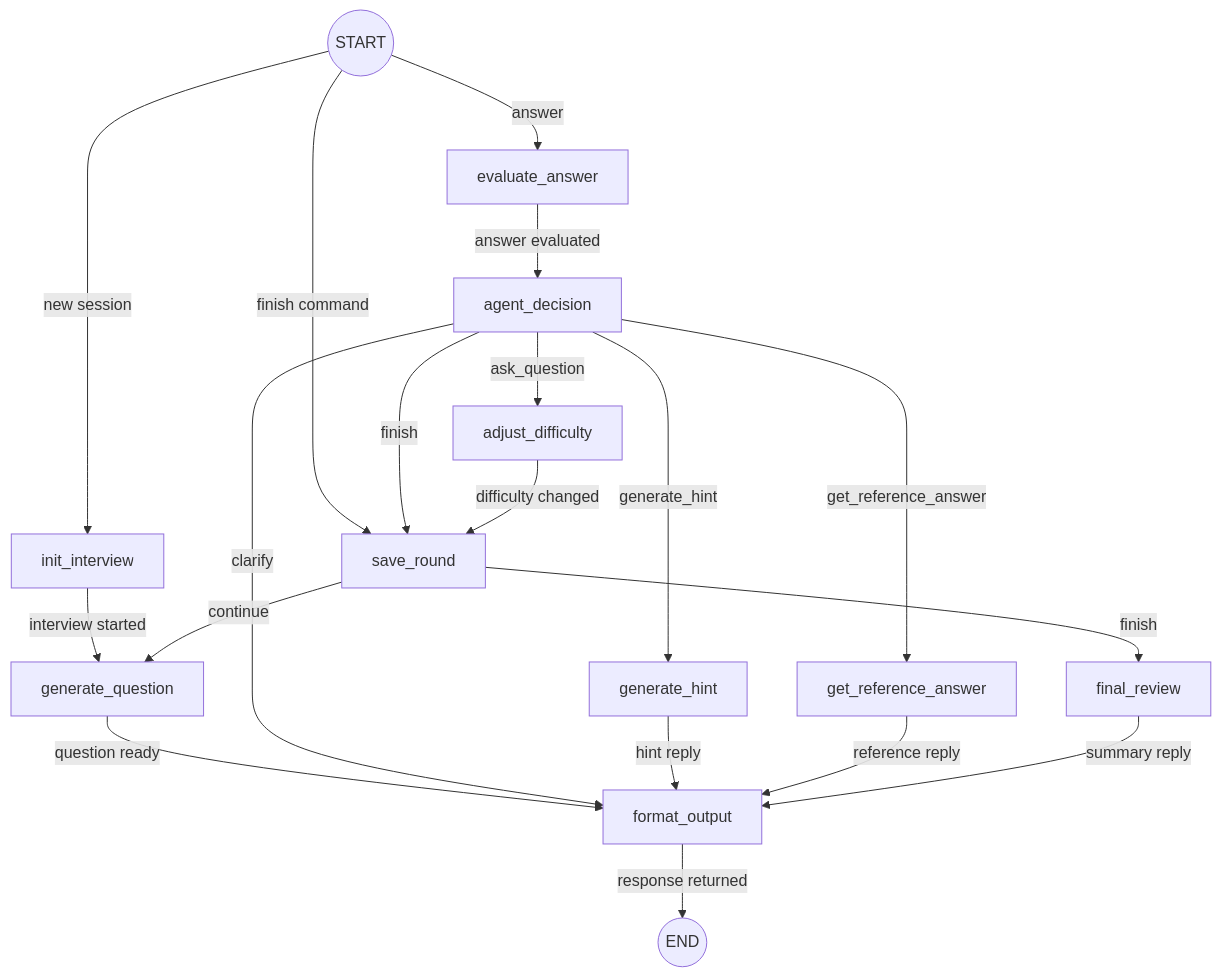
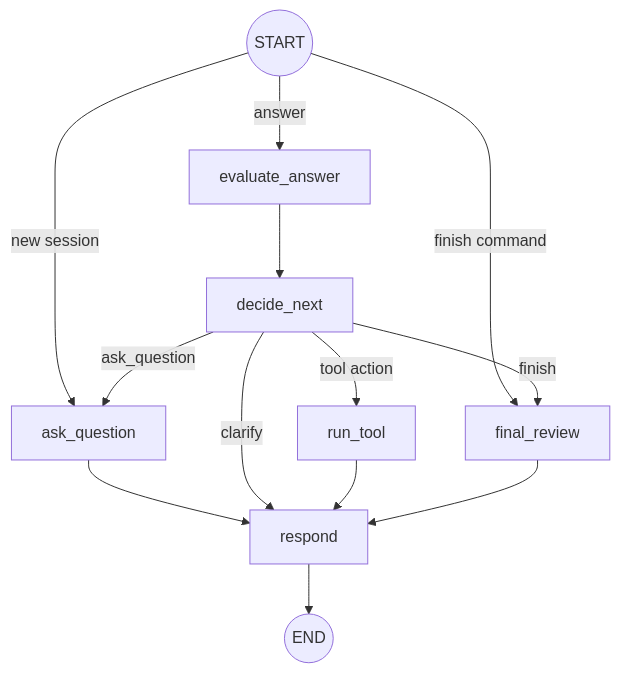
The diagram in README.md (Geraltesus/staj), drawn with Mermaid before and after one commit. The commit also changed other lines of this file and 52 other files, not shown here.

````diff
--- a/README.md
+++ b/README.md
@@ -128,29 +70,21 @@
 ```mermaid
 flowchart TD
     Start((START))
     End((END))
 
-    Start -->|new session| init_interview
+    Start -->|new session| ask_question
     Start -->|answer| evaluate_answer
-    Start -->|finish command| save_round
+    Start -->|finish command| final_review
 
-    init_interview -->|interview started| generate_question
-    generate_question -->|question ready| format_output
+    ask_question --> respond
+    evaluate_answer --> decide_next
 
-    evaluate_answer -->|answer evaluated| agent_decision
+    decide_next -->|ask_question| ask_question
+    decide_next -->|tool action| run_tool
+    decide_next -->|finish| final_review
+    decide_next -->|clarify| respond
 
-    agent_decision -->|ask_question| adjust_difficulty
-    agent_decision -->|clarify| format_output
-    agent_decision -->|generate_hint| generate_hint
-    agent_decision -->|get_reference_answer| get_reference_answer
-    agent_decision -->|finish| save_round
-
-    adjust_difficulty -->|difficulty changed| save_round
-    save_round -->|continue| generate_question
-    save_round -->|finish| final_review
-
-    generate_hint -->|hint reply| format_output
-    get_reference_answer -->|reference reply| format_output
-    final_review -->|summary reply| format_output
-    format_output -->|response returned| End
+    run_tool --> respond
+    final_review --> respond
+    respond --> End
 ```
````
